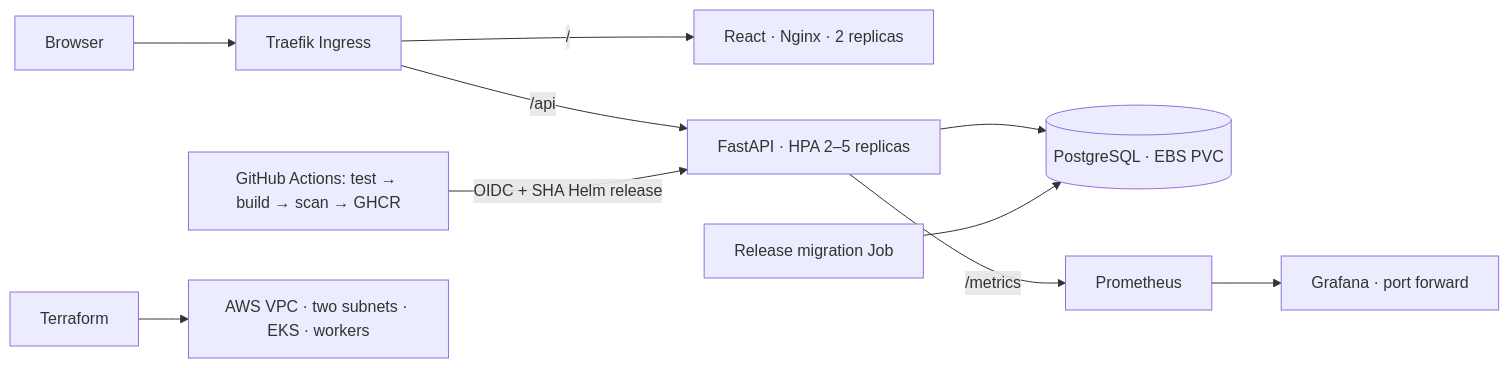
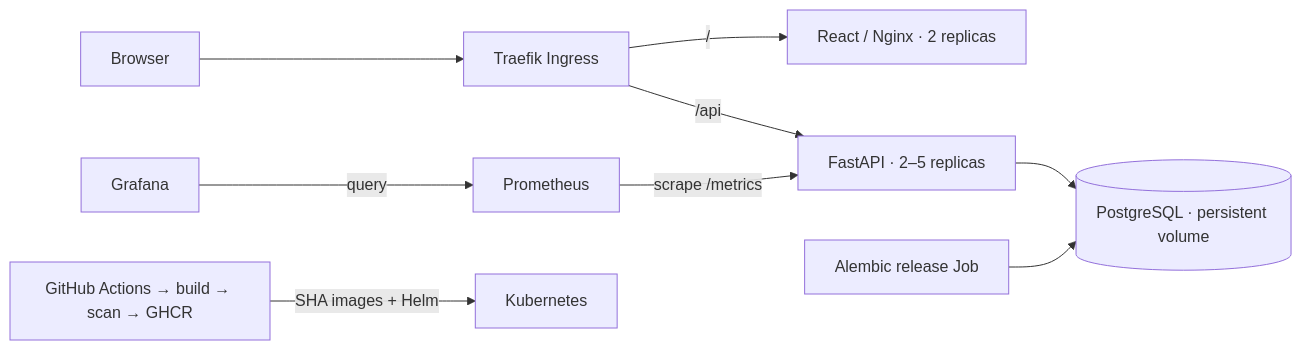
One commit to Prisha4gupta/ApplyTrail changed the diagram in docs/architecture.md. Above: the diagram before and after it, drawn with Mermaid. The commit also changed other lines of this file and 50 other files, not shown here.

````diff
--- a/docs/architecture.md
+++ b/docs/architecture.md
@@ -3,12 +3,11 @@
 ```mermaid
 flowchart LR
-  B[Browser] --> I[Traefik Ingress]
-  I -->|/| F[React · Nginx · 2 replicas]
-  I -->|/api| A[FastAPI · HPA 2–5 replicas]
-  A --> P[(PostgreSQL · EBS PVC)]
-  J[Release migration Job] --> P
-  A -->|/metrics| M[Prometheus]
-  M --> G[Grafana · port forward]
-  C[GitHub Actions: test → build → scan → GHCR] -->|OIDC + SHA Helm release| A
-  T[Terraform] --> E[AWS VPC · two subnets · EKS · workers]
+  Browser --> Router[Traefik Ingress]
+  Router -->|/| Frontend[React / Nginx · 2 replicas]
+  Router -->|/api| API[FastAPI · 2–5 replicas]
+  API --> DB[(PostgreSQL · persistent volume)]
+  Migration[Alembic release Job] --> DB
+  Prometheus -->|scrape /metrics| API
+  Grafana -->|query| Prometheus
+  CI[GitHub Actions → build → scan → GHCR] -->|SHA images + Helm| Cluster[Kubernetes]
 ```
````
